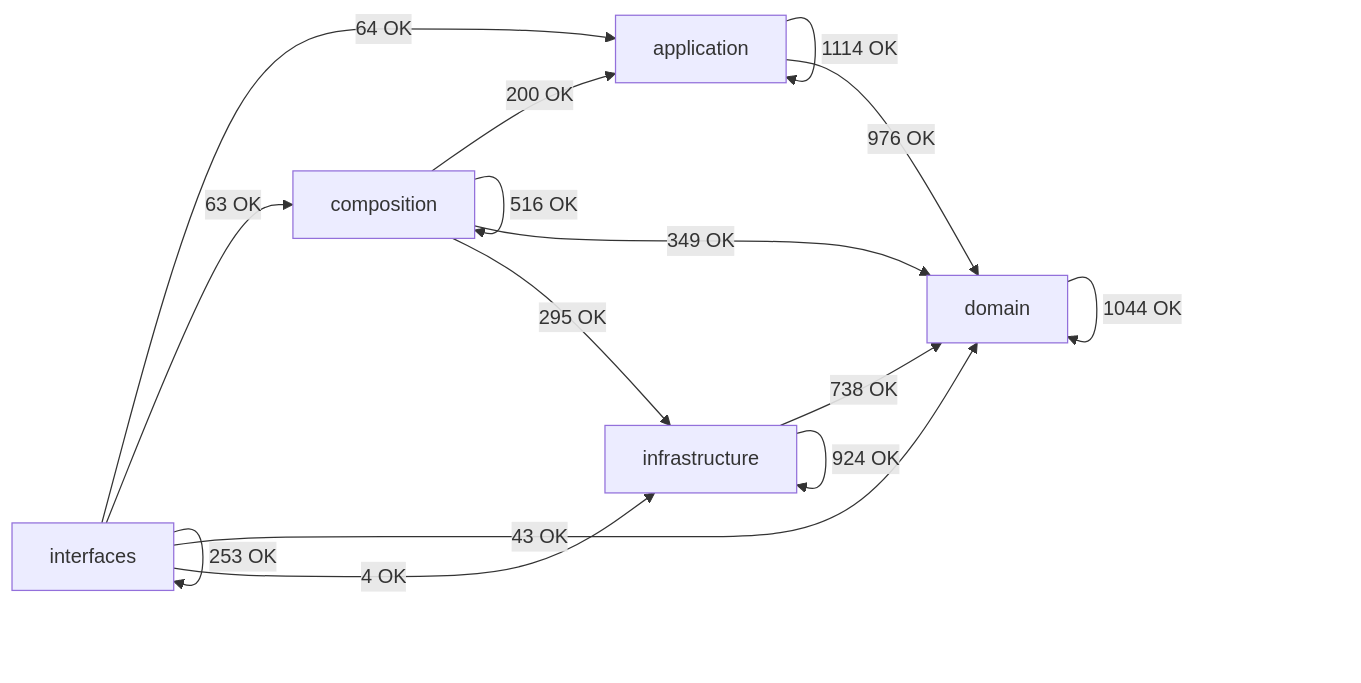
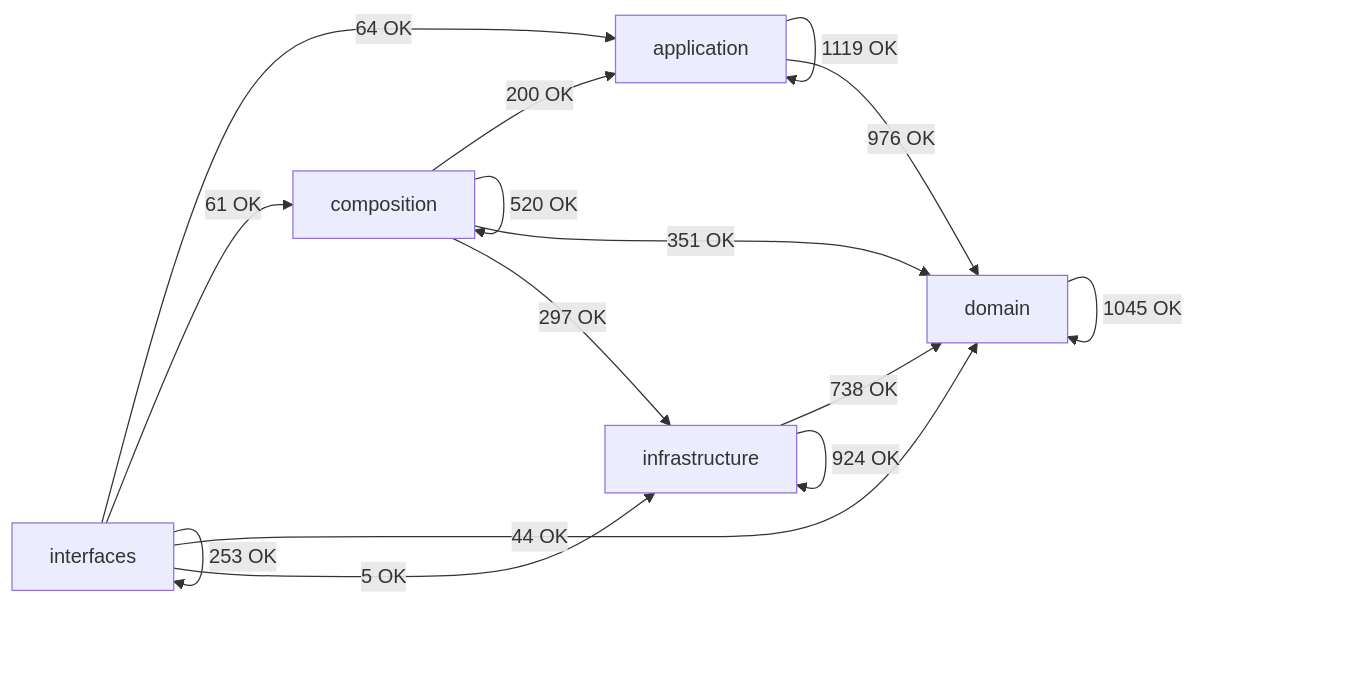
The diagram in docs/02-architecture/generated/module-dependency-map.md (SatoryKono/BioactivityDataAcquisition), drawn with Mermaid before and after one commit. The commit also changed other lines of this file and 108 other files, not shown here.

````diff
--- a/docs/02-architecture/generated/module-dependency-map.md
+++ b/docs/02-architecture/generated/module-dependency-map.md
@@ -17,22 +17,22 @@
 ```mermaid
 flowchart LR
     domain[domain]
     application[application]
     infrastructure[infrastructure]
     composition[composition]
     interfaces[interfaces]
-    application -->|1114 OK| application
+    application -->|1119 OK| application
     application -->|976 OK| domain
     composition -->|200 OK| application
-    composition -->|516 OK| composition
-    composition -->|349 OK| domain
-    composition -->|295 OK| infrastructure
-    domain -->|1044 OK| domain
+    composition -->|520 OK| composition
+    composition -->|351 OK| domain
+    composition -->|297 OK| infrastructure
+    domain -->|1045 OK| domain
     infrastructure -->|738 OK| domain
     infrastructure -->|924 OK| infrastructure
     interfaces -->|64 OK| application
-    interfaces -->|63 OK| composition
-    interfaces -->|43 OK| domain
-    interfaces -->|4 OK| infrastructure
+    interfaces -->|61 OK| composition
+    interfaces -->|44 OK| domain
+    interfaces -->|5 OK| infrastructure
     interfaces -->|253 OK| interfaces
 ```
````
